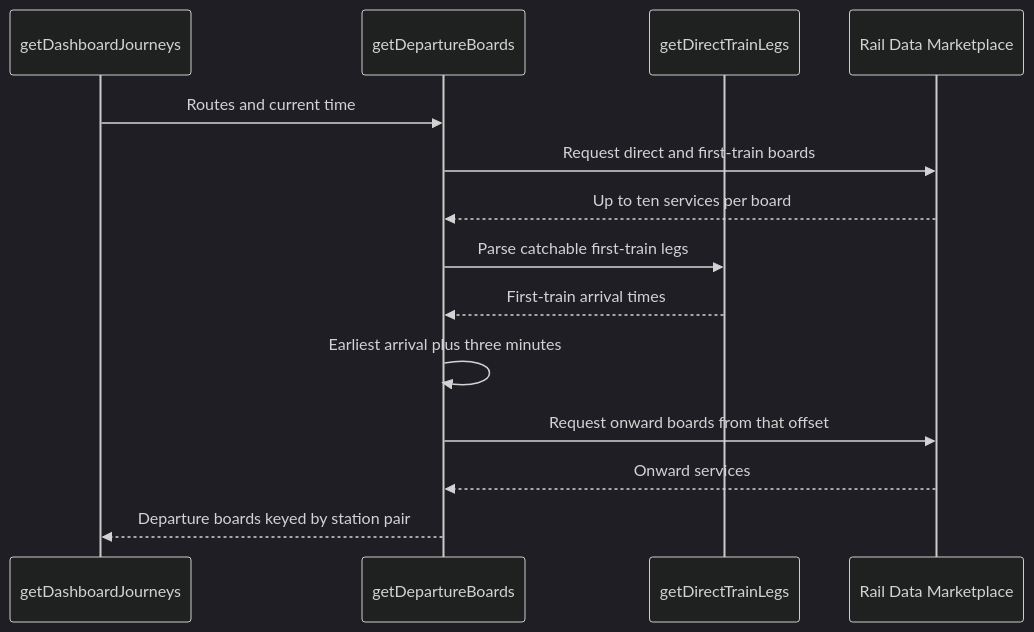
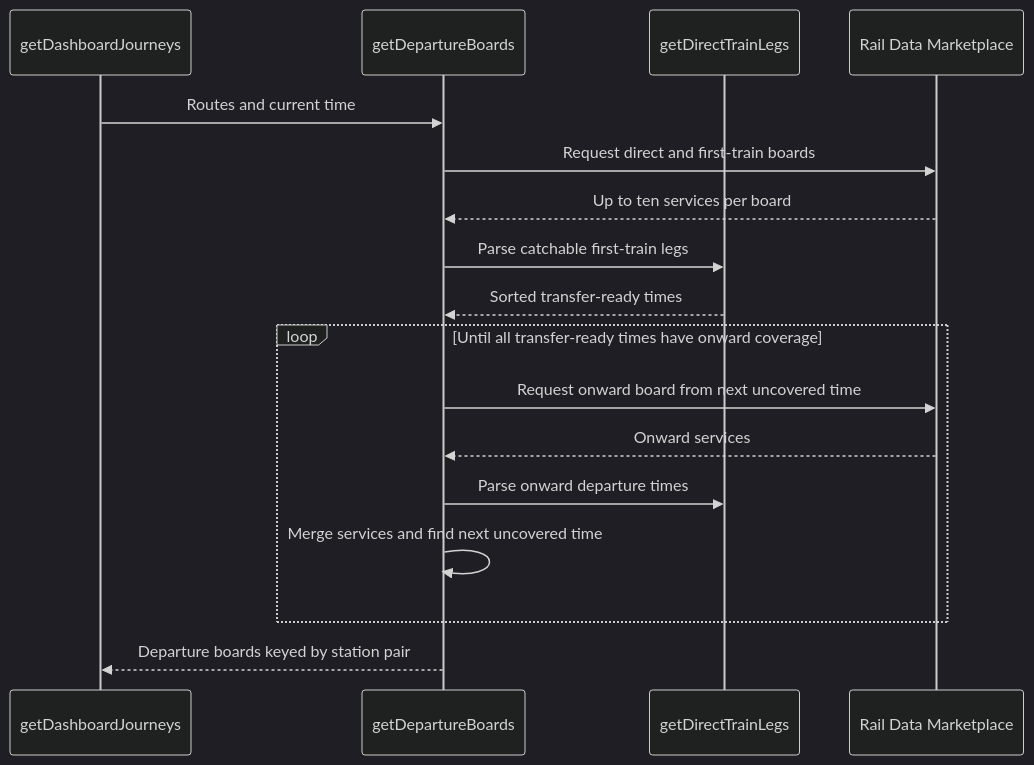
One commit to nd9600/trainDashboard changed the diagram in docs/departure-boards.md. Above: the diagram before and after it, drawn with Mermaid (dark theme). The commit also changed other lines of this file and 2 other files, not shown here.

Commit message:
gets more train services

````diff
--- a/docs/departure-boards.md
+++ b/docs/departure-boards.md
@@ -7,17 +7,20 @@
 ```mermaid
 sequenceDiagram
     participant Dashboard as getDashboardJourneys
     participant Boards as getDepartureBoards
     participant Parser as getDirectTrainLegs
     participant API as Rail Data Marketplace
 
     Dashboard->>Boards: Routes and current time
     Boards->>API: Request direct and first-train boards
     API-->>Boards: Up to ten services per board
     Boards->>Parser: Parse catchable first-train legs
-    Parser-->>Boards: First-train arrival times
-    Boards->>Boards: Earliest arrival plus three minutes
-    Boards->>API: Request onward boards from that offset
-    API-->>Boards: Onward services
+    Parser-->>Boards: Sorted transfer-ready times
+    loop Until all transfer-ready times have onward coverage
+        Boards->>API: Request onward board from next uncovered time
+        API-->>Boards: Onward services
+        Boards->>Parser: Parse onward departure times
+        Boards->>Boards: Merge services and find next uncovered time
+    end
     Boards-->>Dashboard: Departure boards keyed by station pair
 ```
````
